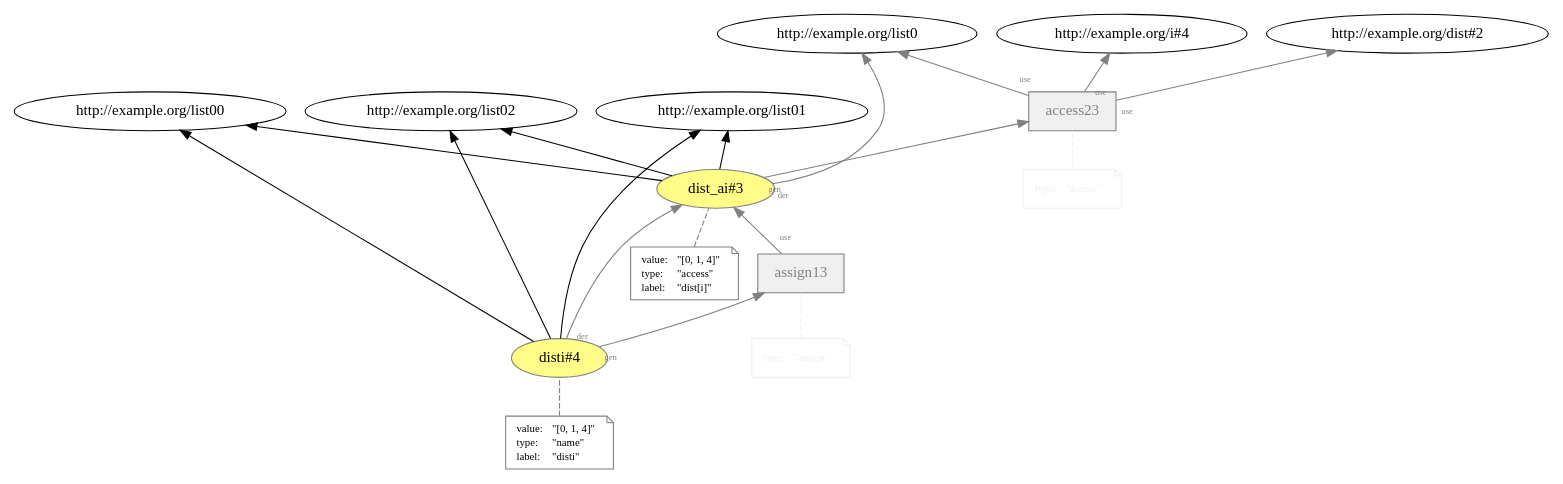
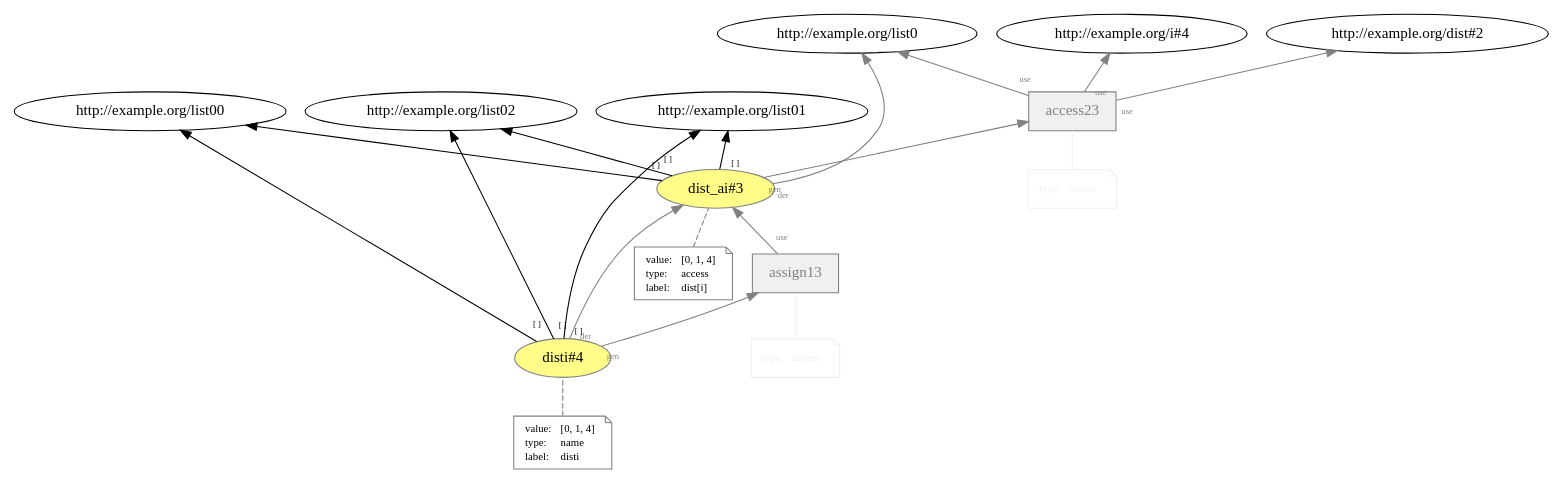
One commit to dew-uff/versioned-prov changed the diagram in images/plain_prov/temp/L13__access__assign_3.dot. Above: the diagram before and after it, drawn with Graphviz. The commit also changed 580 other files, not shown here.

```diff
--- a/images/plain_prov/temp/L13__access__assign_3.dot
+++ b/images/plain_prov/temp/L13__access__assign_3.dot
@@ -1,64 +1,64 @@
 digraph "PROV" { size="16,12"; rankdir="BT";
 "http://example.org/dist_ai#3" [fillcolor="#FFFC87",color="#808080",style="filled",label="dist_ai#3",URL="http://example.org/dist_ai#3"]
 "-attrs0" [color="gray",shape="note",fontsize="10",fontcolor="black",label=<<TABLE cellpadding="0" border="0">
 	<TR>
 	    <TD align="left">value:</TD>
-	    <TD align="left">&quot;[0, 1, 4]&quot;</TD>
+	    <TD align="left">[0, 1, 4]</TD>
 	</TR>
 	<TR>
 	    <TD align="left">type:</TD>
-	    <TD align="left">&quot;access&quot;</TD>
+	    <TD align="left">access</TD>
 	</TR>
 	<TR>
 	    <TD align="left">label:</TD>
-	    <TD align="left">&quot;dist[i]&quot;</TD>
+	    <TD align="left">dist[i]</TD>
 	</TR>
 </TABLE>>]
 "-attrs0" -> "http://example.org/dist_ai#3" [color="gray",style="dashed",arrowhead="none"]
-"http://example.org/dist_ai#3" -> "http://example.org/list00"
-"http://example.org/dist_ai#3" -> "http://example.org/list01"
-"http://example.org/dist_ai#3" -> "http://example.org/list02"
+"http://example.org/dist_ai#3" -> "http://example.org/list00" [labelfontsize="8",labeldistance="1.5",labelangle="60.0",rotation="20",taillabel="[ ]"]
+"http://example.org/dist_ai#3" -> "http://example.org/list01" [labelfontsize="8",labeldistance="1.5",labelangle="60.0",rotation="20",taillabel="[ ]"]
+"http://example.org/dist_ai#3" -> "http://example.org/list02" [labelfontsize="8",labeldistance="1.5",labelangle="60.0",rotation="20",taillabel="[ ]"]
 "http://example.org/access23" [fillcolor="#F0F0F0",color="gray",shape="polygon",sides="4",style="filled",label="access23",URL="http://example.org/access23",fontcolor="gray"]
 "-attrs1" [color="#F0F0F0",shape="note",fontsize="10",fontcolor="black",label=<<TABLE cellpadding="0" border="0">
 	<TR>
 	    <TD align="left"><font color="#F0F0F0">type:</font></TD>
-	    <TD align="left"><font color="#F0F0F0">&quot;access&quot;</font></TD>
+	    <TD align="left"><font color="#F0F0F0">access</font></TD>
 	</TR>
 </TABLE>>]
 "-attrs1" -> "http://example.org/access23" [color="#F0F0F0",style="dashed",arrowhead="none"]
 "http://example.org/access23" -> "http://example.org/list0" [labelfontsize="8",labeldistance="1.5",labelangle="60.0",rotation="20",taillabel="use",fontcolor="gray",color="gray"]
 "http://example.org/dist_ai#3" -> "http://example.org/list0" [labelfontsize="8",labeldistance="1.5",labelangle="60.0",rotation="20",taillabel="der",fontcolor="gray",color="gray"]
 "http://example.org/dist_ai#3" -> "http://example.org/access23" [labelfontsize="8",labeldistance="1.5",labelangle="60.0",rotation="20",taillabel="gen",fontcolor="gray",color="gray"]
 "http://example.org/access23" -> "http://example.org/dist#2" [labelfontsize="8",labeldistance="1.5",labelangle="60.0",rotation="20",taillabel="use",fontcolor="gray",color="gray"]
 "http://example.org/access23" -> "http://example.org/i#4" [labelfontsize="8",labeldistance="1.5",labelangle="60.0",rotation="20",taillabel="use",fontcolor="gray",color="gray"]
 "http://example.org/disti#4" [fillcolor="#FFFC87",color="#808080",style="filled",label="disti#4",URL="http://example.org/disti#4"]
 "-attrs2" [color="gray",shape="note",fontsize="10",fontcolor="black",label=<<TABLE cellpadding="0" border="0">
 	<TR>
 	    <TD align="left">value:</TD>
-	    <TD align="left">&quot;[0, 1, 4]&quot;</TD>
+	    <TD align="left">[0, 1, 4]</TD>
 	</TR>
 	<TR>
 	    <TD align="left">type:</TD>
-	    <TD align="left">&quot;name&quot;</TD>
+	    <TD align="left">name</TD>
 	</TR>
 	<TR>
 	    <TD align="left">label:</TD>
-	    <TD align="left">&quot;disti&quot;</TD>
+	    <TD align="left">disti</TD>
 	</TR>
 </TABLE>>]
 "-attrs2" -> "http://example.org/disti#4" [color="gray",style="dashed",arrowhead="none"]
-"http://example.org/disti#4" -> "http://example.org/list00"
-"http://example.org/disti#4" -> "http://example.org/list01"
-"http://example.org/disti#4" -> "http://example.org/list02"
+"http://example.org/disti#4" -> "http://example.org/list00" [labelfontsize="8",labeldistance="1.5",labelangle="60.0",rotation="20",taillabel="[ ]"]
+"http://example.org/disti#4" -> "http://example.org/list01" [labelfontsize="8",labeldistance="1.5",labelangle="60.0",rotation="20",taillabel="[ ]"]
+"http://example.org/disti#4" -> "http://example.org/list02" [labelfontsize="8",labeldistance="1.5",labelangle="60.0",rotation="20",taillabel="[ ]"]
 "http://example.org/assign13" [fillcolor="#F0F0F0",color="gray",shape="polygon",sides="4",style="filled",label="assign13",URL="http://example.org/assign13",fontcolor="gray"]
 "-attrs3" [color="#F0F0F0",shape="note",fontsize="10",fontcolor="black",label=<<TABLE cellpadding="0" border="0">
 	<TR>
 	    <TD align="left"><font color="#F0F0F0">type:</font></TD>
-	    <TD align="left"><font color="#F0F0F0">&quot;assign&quot;</font></TD>
+	    <TD align="left"><font color="#F0F0F0">assign</font></TD>
 	</TR>
 </TABLE>>]
 "-attrs3" -> "http://example.org/assign13" [color="#F0F0F0",style="dashed",arrowhead="none"]
 "http://example.org/assign13" -> "http://example.org/dist_ai#3" [labelfontsize="8",labeldistance="1.5",labelangle="60.0",rotation="20",taillabel="use",fontcolor="gray",color="gray"]
 "http://example.org/disti#4" -> "http://example.org/dist_ai#3" [labelfontsize="8",labeldistance="1.5",labelangle="60.0",rotation="20",taillabel="der",fontcolor="gray",color="gray"]
 "http://example.org/disti#4" -> "http://example.org/assign13" [labelfontsize="8",labeldistance="1.5",labelangle="60.0",rotation="20",taillabel="gen",fontcolor="gray",color="gray"]
 }
```
